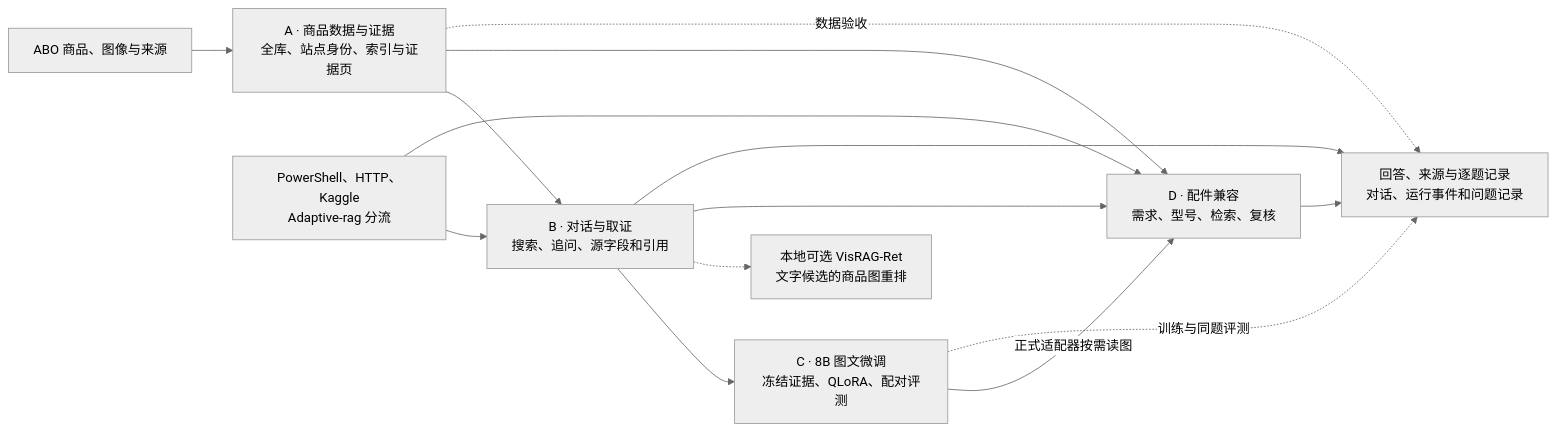
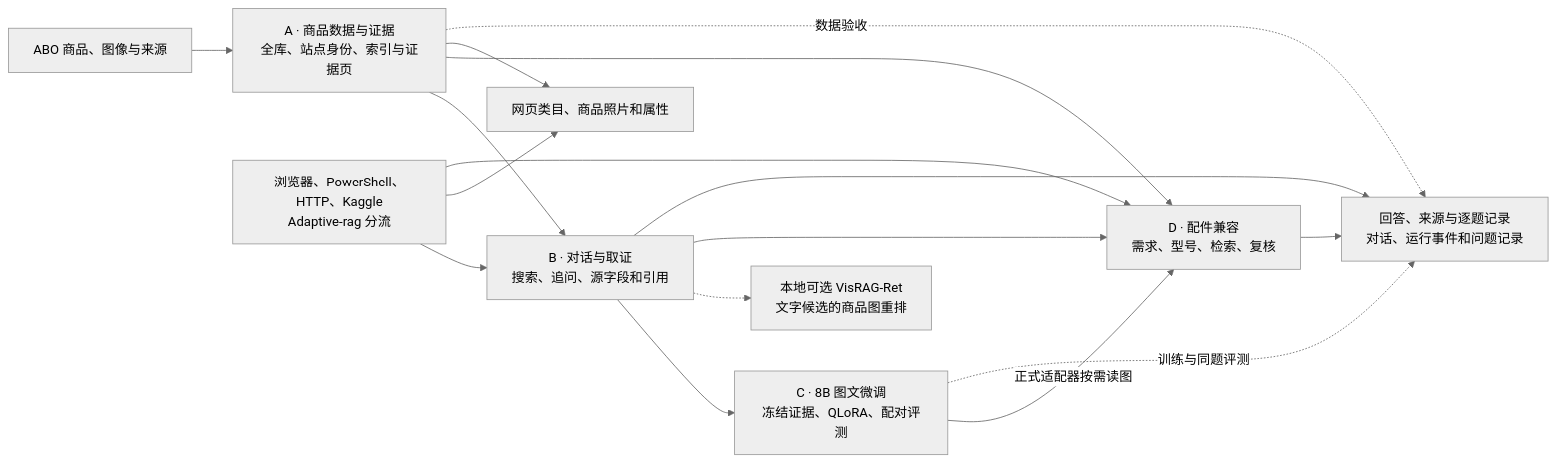
The diagram in README.md (AaronYue77/ABO-Adaptive-RAG), drawn with Mermaid (neutral theme) before and after one commit. The commit also changed other lines of this file and 22 other files, not shown here.

````diff
--- a/README.md
+++ b/README.md
@@ -15,16 +35,18 @@
 ```mermaid
 flowchart LR
     data["ABO 商品、图像与来源"] --> a["A · 商品数据与证据<br/>全库、站点身份、索引与证据页"]
     a --> b["B · 对话与取证<br/>搜索、追问、源字段和引用"]
     b --> c["C · 8B 图文微调<br/>冻结证据、QLoRA、配对评测"]
     b -.-> vision["本地可选 VisRAG-Ret<br/>文字候选的商品图重排"]
     a --> d["D · 配件兼容<br/>需求、型号、检索、复核"]
     b --> d
     c -->|正式适配器按需读图| d
-    entry["PowerShell、HTTP、Kaggle<br/>Adaptive-rag 分流"] --> b
+    entry["浏览器、PowerShell、HTTP、Kaggle<br/>Adaptive-rag 分流"] --> b
+    entry --> browse["网页类目、商品照片和属性"]
+    a --> browse
     entry --> d
     b --> logbook["回答、来源与逐题记录<br/>对话、运行事件和问题记录"]
     d --> logbook
     a -.->|数据验收| logbook
     c -.->|训练与同题评测| logbook
 ```
````
